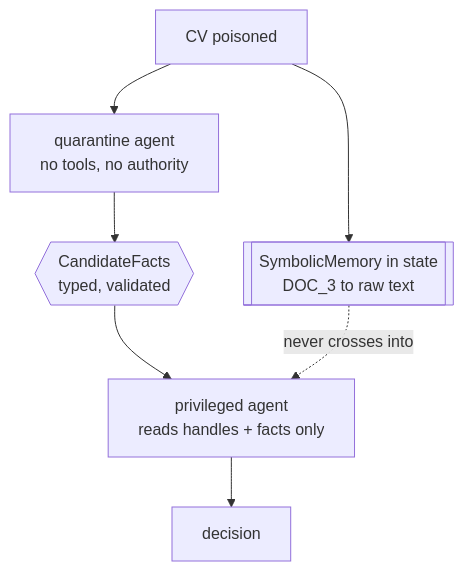
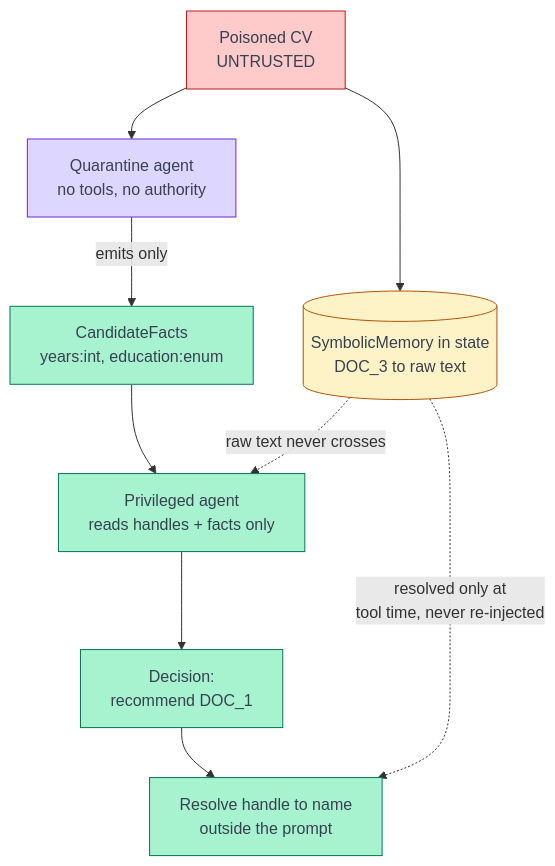
The fifth of 5 diagrams in README.md (damiangilgonzalez1995/prompt-injection-patterns), drawn with Mermaid before and after one commit. The commit also changed other lines of this file, not shown here.

First line of the commit message:
Redesign README diagrams to argue, not display

````diff
--- a/README.md
+++ b/README.md
@@ -197,9 +206,21 @@
 ```mermaid
-flowchart TD
-  CV[CV poisoned] --> SM[[SymbolicMemory in state<br/>DOC_3 to raw text]]
-  CV --> Q[quarantine agent<br/>no tools, no authority]
-  Q --> F{{CandidateFacts<br/>typed, validated}}
-  F --> PR[privileged agent<br/>reads handles + facts only]
-  PR --> DEC[decision]
-  SM -. never crosses into .-> PR
+%% Dual LLM: security through state synchronisation. The two agents meet only
+%% in the graph state, built so the raw CV text cannot cross into the decision.
+flowchart TB
+    CV["Poisoned CV<br>UNTRUSTED"] --> Q["Quarantine agent<br>no tools, no authority"]
+    CV --> SM[("SymbolicMemory in state<br>DOC_3 to raw text")]
+    Q -->|"emits only"| F["CandidateFacts<br>years:int, education:enum"]
+    F --> PR["Privileged agent<br>reads handles + facts only"]
+    PR --> DEC["Decision:<br>recommend DOC_1"]
+    DEC --> RES["Resolve handle to name<br>outside the prompt"]
+    SM -.->|"resolved only at<br>tool time, never re-injected"| RES
+    SM -.->|"raw text never crosses"| PR
+    classDef danger fill:#fecaca,stroke:#b91c1c,color:#374151
+    classDef quar fill:#ddd6fe,stroke:#6d28d9,color:#374151
+    classDef store fill:#fef3c7,stroke:#b45309,color:#374151
+    classDef safe fill:#a7f3d0,stroke:#047857,color:#374151
+    class CV danger
+    class Q quar
+    class SM store
+    class F,PR,DEC,RES safe
 ```
````
